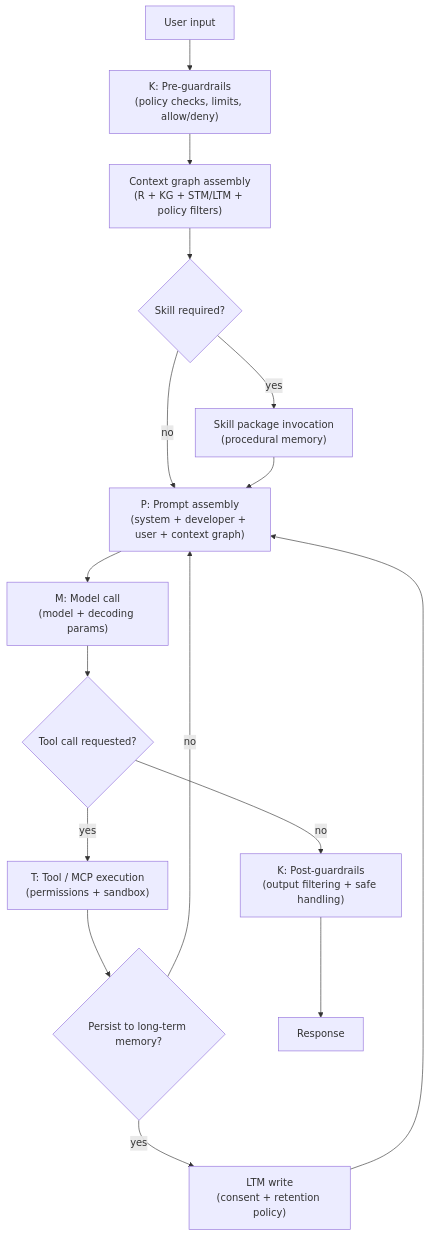
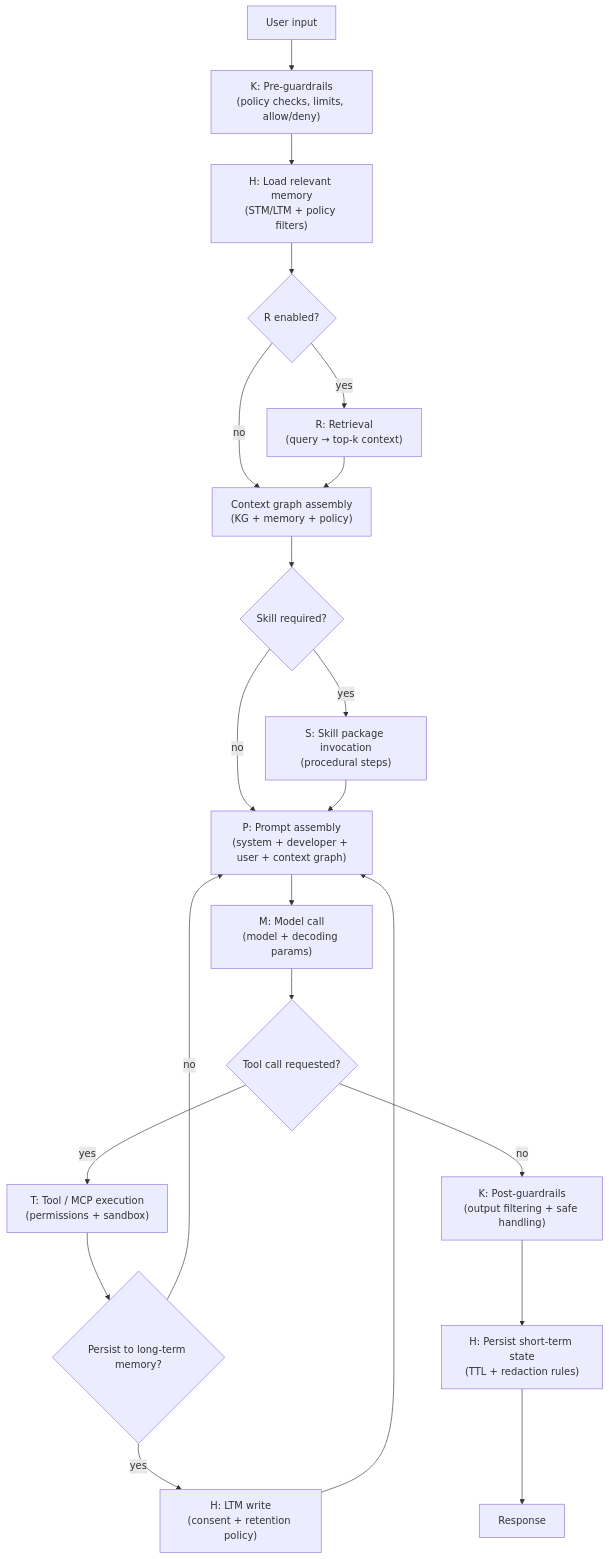
One commit to SAISec/AASU changed the second of 10 diagrams in AASU_White_Paper_Consolidated_v2_2.md. Above: the diagram before and after it, drawn with Mermaid. The commit also changed other lines of this file and 20 other files, not shown here.

````diff
--- a/AASU_White_Paper_Consolidated_v2_2.md
+++ b/AASU_White_Paper_Consolidated_v2_2.md
@@ -112,22 +127,28 @@
 ```mermaid
 flowchart TB
   IN["User input"] --> PRE["K: Pre-guardrails<br/>(policy checks, limits, allow/deny)"]
-  PRE --> CG["Context graph assembly<br/>(R + KG + STM/LTM + policy filters)"]
-  CG --> SK{"Skill required?"}
+  PRE --> HLOAD["H: Load relevant memory<br/>(STM/LTM + policy filters)"]
+  HLOAD --> RET{"R enabled?"}
 
-  SK -->|yes| SKILL["Skill package invocation<br/>(procedural memory)"]
-  SK -->|no| ASSEMBLE["P: Prompt assembly<br/>(system + developer + user + context graph)"]
-  SKILL --> ASSEMBLE
+  RET -->|yes| RAG["R: Retrieval<br/>(query → top-k context)"]
+  RET -->|no| CG["Context graph assembly<br/>(KG + memory + policy)"]
+  RAG --> CG
+
+  CG --> SKREQ{"Skill required?"}
+  SKREQ -->|yes| SKP["S: Skill package invocation<br/>(procedural steps)"]
+  SKREQ -->|no| ASSEMBLE["P: Prompt assembly<br/>(system + developer + user + context graph)"]
+  SKP --> ASSEMBLE
 
   ASSEMBLE --> CALL["M: Model call<br/>(model + decoding params)"]
   CALL --> TOOL{"Tool call requested?"}
 
   TOOL -->|yes| EXEC["T: Tool / MCP execution<br/>(permissions + sandbox)"]
-  EXEC --> MEM{"Persist to long-term memory?"}
-  MEM -->|yes| LTMW["LTM write<br/>(consent + retention policy)"]
-  MEM -->|no| ASSEMBLE
+  EXEC --> LTMQ{"Persist to long-term memory?"}
+  LTMQ -->|yes| LTMW["H: LTM write<br/>(consent + retention policy)"]
+  LTMQ -->|no| ASSEMBLE
   LTMW --> ASSEMBLE
 
   TOOL -->|no| POST["K: Post-guardrails<br/>(output filtering + safe handling)"]
-  POST --> OUT["Response"]
+  POST --> HSAVE["H: Persist short-term state<br/>(TTL + redaction rules)"]
+  HSAVE --> OUT["Response"]
 ```
````
